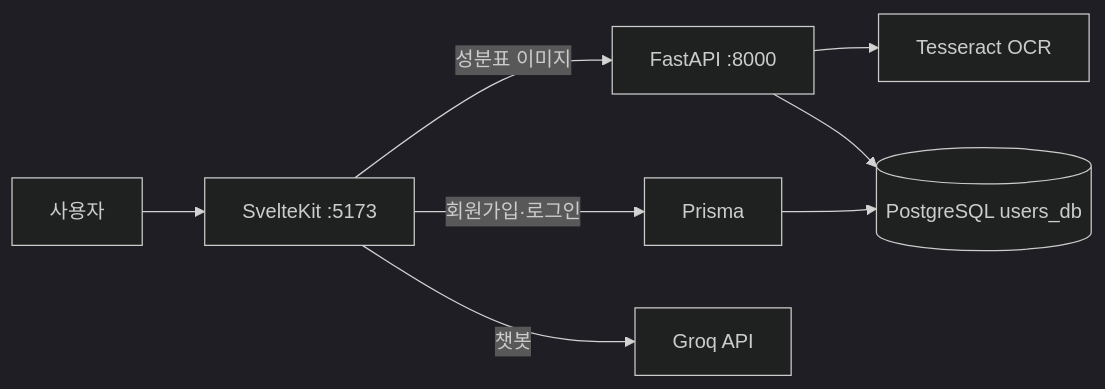
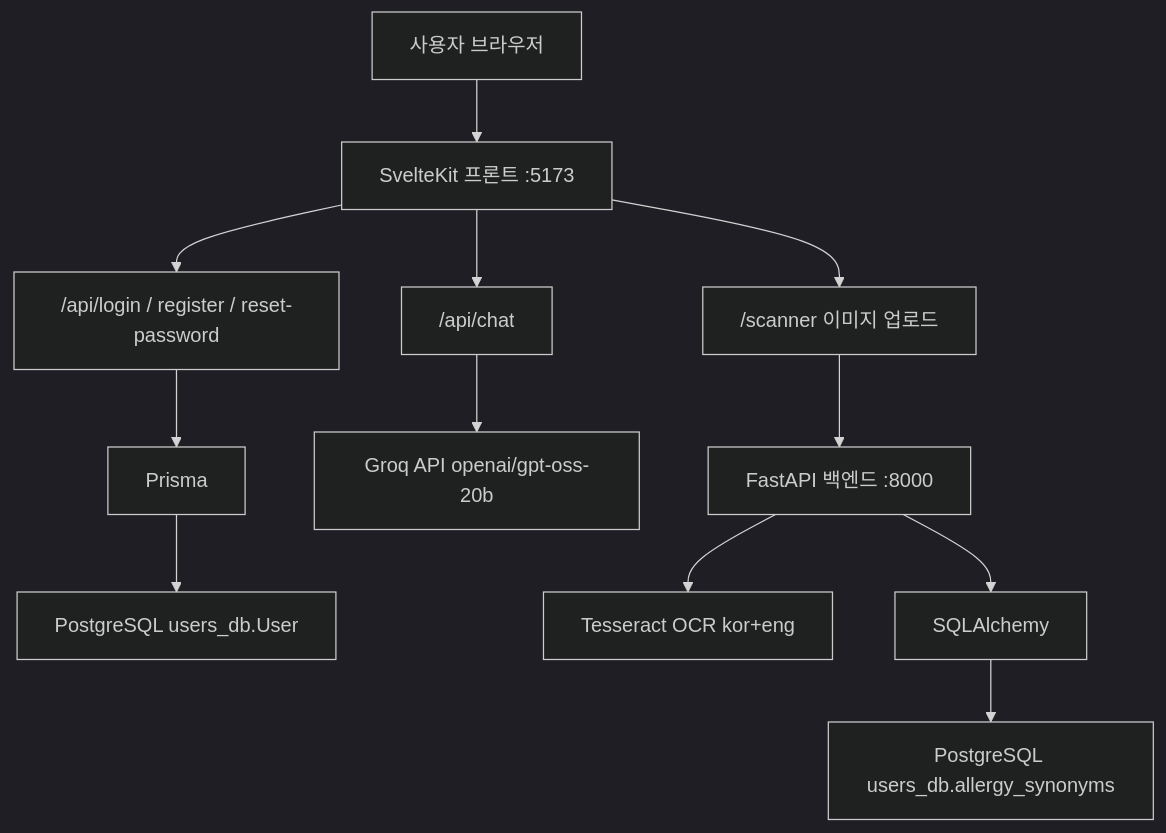
One commit to JEONGM1N-LEE/capstone2024-25 changed the diagram in README.md. Above: the diagram before and after it, drawn with Mermaid (dark theme). The commit also changed other lines of this file and 5 other files, not shown here.

````diff
--- a/README.md
+++ b/README.md
@@ -21,10 +23,18 @@
 ```mermaid
-flowchart LR
-  user[사용자] --> svelte[SvelteKit :5173]
-  svelte -->|성분표 이미지| fastapi[FastAPI :8000]
-  fastapi --> tess[Tesseract OCR]
-  fastapi --> pg[(PostgreSQL users_db)]
-  svelte -->|회원가입·로그인| prisma[Prisma]
-  prisma --> pg
-  svelte -->|챗봇| groq[Groq API]
+flowchart TD
+  User[사용자 브라우저] --> FE[SvelteKit 프론트 :5173]
+
+  FE --> Auth["/api/login / register / reset-password"]
+  FE --> Chat["/api/chat"]
+  FE --> Scan["/scanner 이미지 업로드"]
+
+  Auth --> Prisma[Prisma]
+  Prisma --> UserTable["PostgreSQL users_db.User"]
+
+  Chat --> Groq["Groq API openai/gpt-oss-20b"]
+
+  Scan --> BE[FastAPI 백엔드 :8000]
+  BE --> OCR[Tesseract OCR kor+eng]
+  BE --> SA[SQLAlchemy]
+  SA --> AllergyTable["PostgreSQL users_db.allergy_synonyms"]
 ```
````
